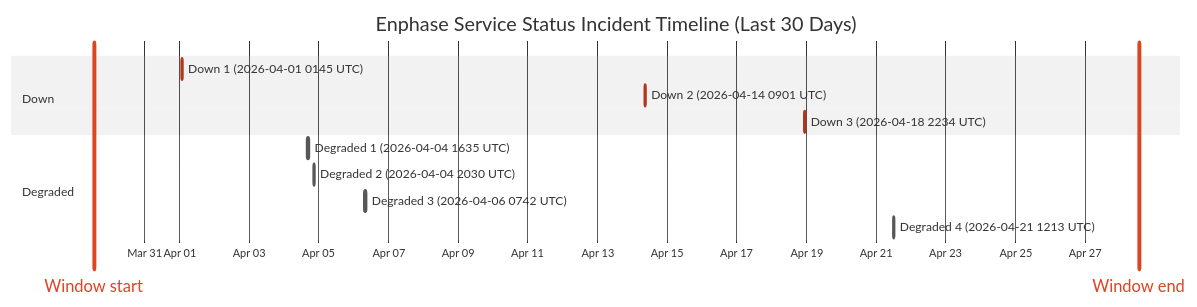
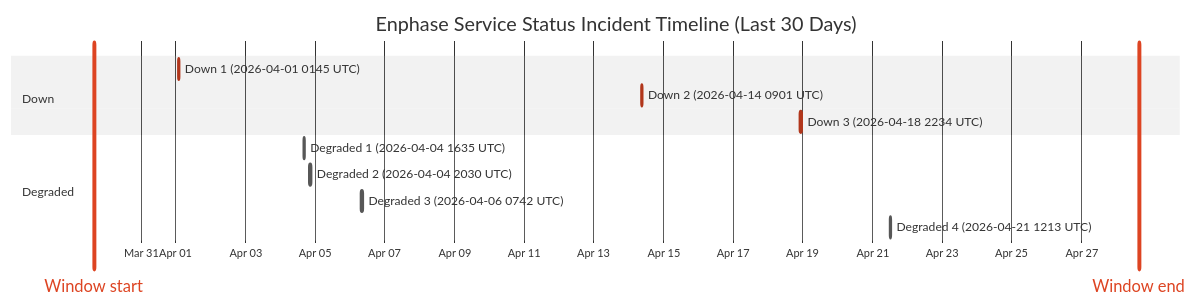
Before and after one commit to barneyonline/ha-enphase-ev-charger: the diagram in wiki/Service-Status-History.md, drawn with Mermaid (neutral theme). The commit also changed other lines of this file and 3 other files, not shown here.

````diff
--- a/wiki/Service-Status-History.md
+++ b/wiki/Service-Status-History.md
@@ -14,17 +14,17 @@
 ```mermaid
 gantt
     title Enphase Service Status Incident Timeline (Last 30 Days)
     dateFormat  YYYY-MM-DDTHH:mm:ss
     axisFormat  %b %d
-    Window start :vert, window-start, 2026-03-29T13:12:18, 0ms
-    Window end :vert, window-end, 2026-04-28T13:12:18, 0ms
+    Window start :vert, window-start, 2026-03-29T15:43:18, 0ms
+    Window end :vert, window-end, 2026-04-28T15:43:18, 0ms
     section Down
     Down 1 (2026-04-01 0145 UTC) :crit, down-1, 2026-04-01T01:45:09, 60m
     Down 2 (2026-04-14 0901 UTC) :crit, down-2, 2026-04-14T09:01:13, 60m
     Down 3 (2026-04-18 2234 UTC) :crit, down-3, 2026-04-18T22:34:13, 60m
     section Degraded
     Degraded 1 (2026-04-04 1635 UTC) :active, degraded-1, 2026-04-04T16:35:17, 60m
     Degraded 2 (2026-04-04 2030 UTC) :active, degraded-2, 2026-04-04T20:30:40, 60m
     Degraded 3 (2026-04-06 0742 UTC) :active, degraded-3, 2026-04-06T07:42:09, 85m
     Degraded 4 (2026-04-21 1213 UTC) :active, degraded-4, 2026-04-21T12:13:11, 60m
 ```
````
